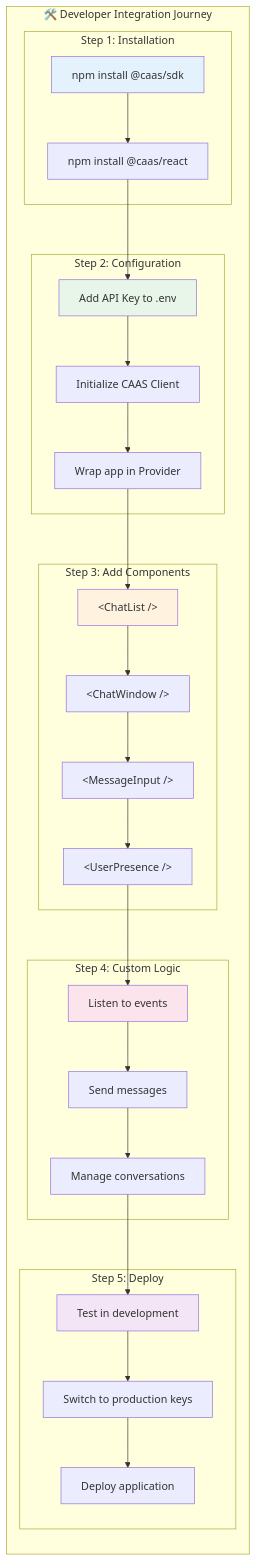
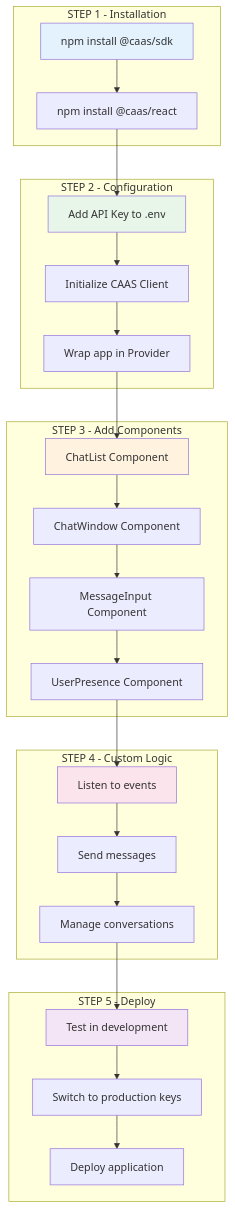
Diagram 28 of 40 in docs/COMPLETE_PLATFORM_VISUAL_GUIDE.md (AtharvaBansod/CAAS), drawn with Mermaid before and after one commit. The commit also changed other lines of this file, not shown here.

````diff
--- a/docs/COMPLETE_PLATFORM_VISUAL_GUIDE.md
+++ b/docs/COMPLETE_PLATFORM_VISUAL_GUIDE.md
@@ -1077,47 +1147,43 @@
 ```mermaid
 flowchart TB
-    subgraph "🛠️ Developer Integration Journey"
-        direction TB
-        
-        subgraph "Step 1: Installation"
-            I1[npm install @caas/sdk]
-            I2[npm install @caas/react]
-        end
-        
-        subgraph "Step 2: Configuration"
-            C1[Add API Key to .env]
-            C2[Initialize CAAS Client]
-            C3[Wrap app in Provider]
-        end
-        
-        subgraph "Step 3: Add Components"
-            A1[&lt;ChatList /&gt;]
-            A2[&lt;ChatWindow /&gt;]
-            A3[&lt;MessageInput /&gt;]
-            A4[&lt;UserPresence /&gt;]
-        end
-        
-        subgraph "Step 4: Custom Logic"
-            L1[Listen to events]
-            L2[Send messages]
-            L3[Manage conversations]
-        end
-        
-        subgraph "Step 5: Deploy"
-            D1[Test in development]
-            D2[Switch to production keys]
-            D3[Deploy application]
-        end
+    subgraph Step1["STEP 1 - Installation"]
+        I1["npm install @caas/sdk"]
+        I2["npm install @caas/react"]
+    end
+    
+    subgraph Step2["STEP 2 - Configuration"]
+        C1["Add API Key to .env"]
+        C2["Initialize CAAS Client"]
+        C3["Wrap app in Provider"]
+    end
+    
+    subgraph Step3["STEP 3 - Add Components"]
+        A1["ChatList Component"]
+        A2["ChatWindow Component"]
+        A3["MessageInput Component"]
+        A4["UserPresence Component"]
+    end
+    
+    subgraph Step4["STEP 4 - Custom Logic"]
+        L1["Listen to events"]
+        L2["Send messages"]
+        L3["Manage conversations"]
+    end
+    
+    subgraph Step5["STEP 5 - Deploy"]
+        D1["Test in development"]
+        D2["Switch to production keys"]
+        D3["Deploy application"]
     end
     
     I1 --> I2 --> C1 --> C2 --> C3
     C3 --> A1 --> A2 --> A3 --> A4
     A4 --> L1 --> L2 --> L3
     L3 --> D1 --> D2 --> D3
     
     style I1 fill:#e3f2fd
     style C1 fill:#e8f5e9
     style A1 fill:#fff3e0
     style L1 fill:#fce4ec
     style D1 fill:#f3e5f5
 ```
````
